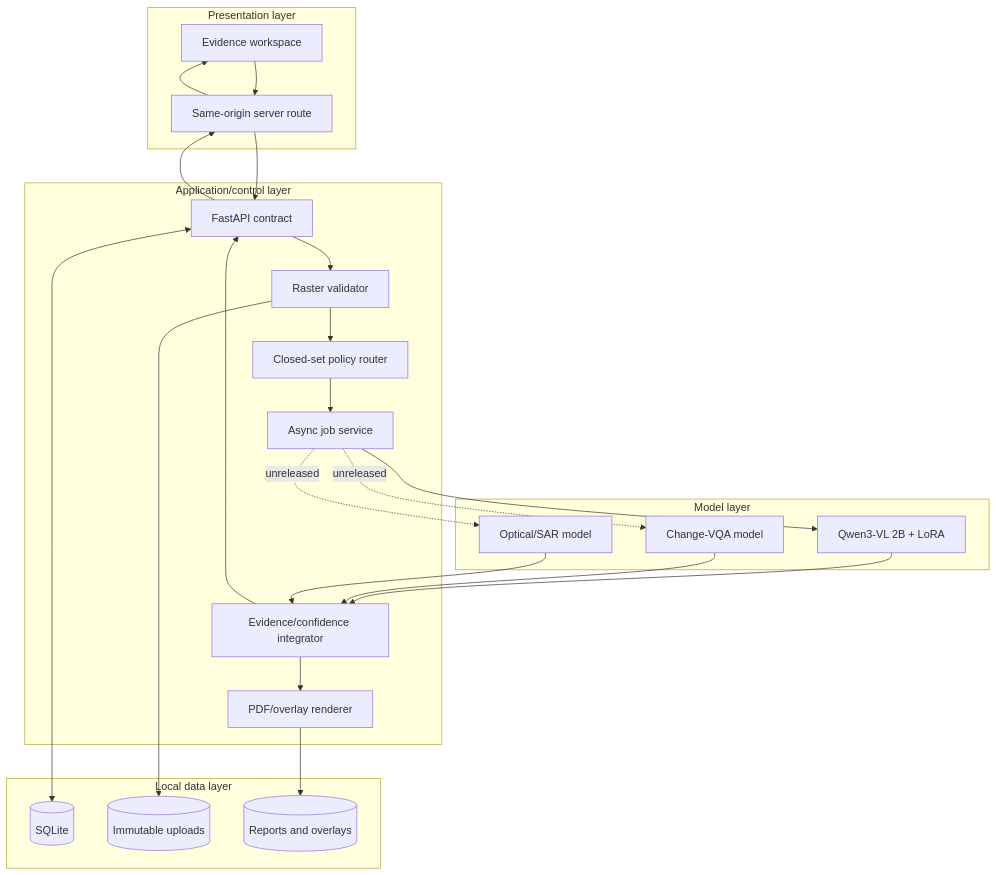
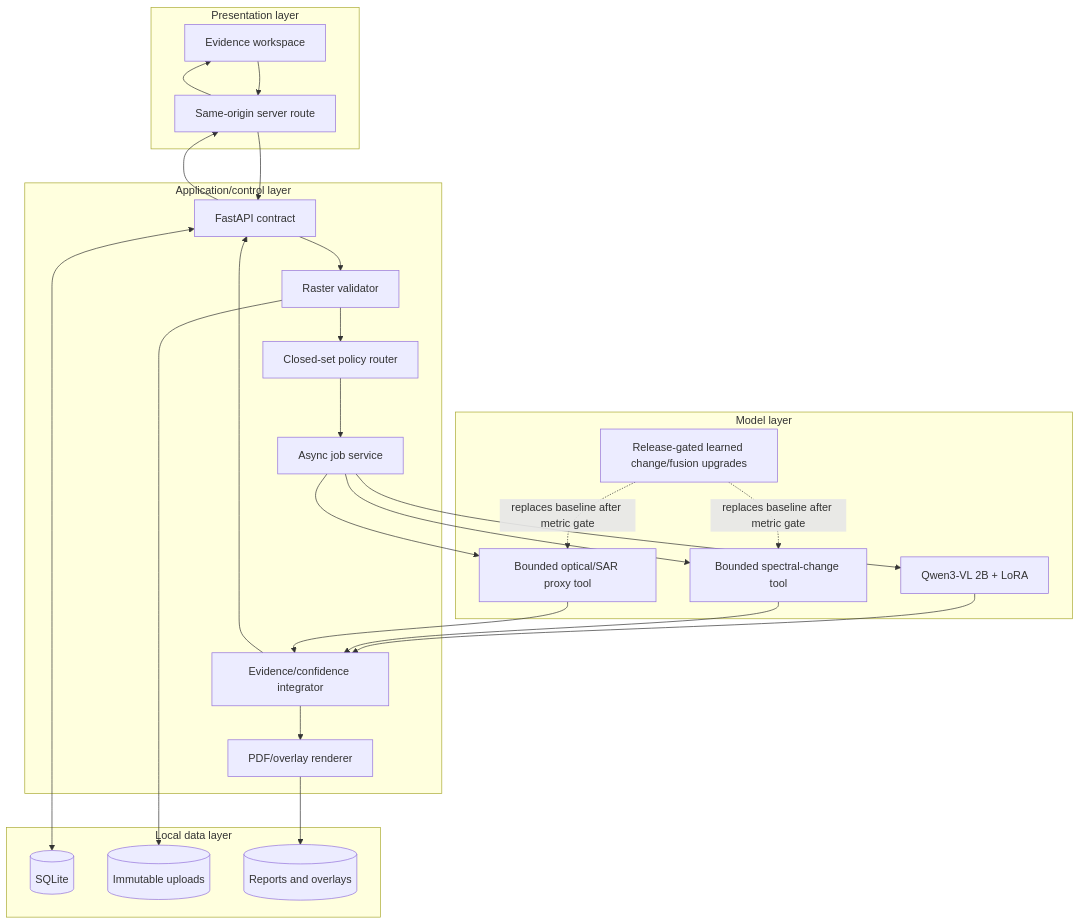
One commit to aanandmodi/StatqueryAI changed the first of 3 diagrams in docs/ARCHITECTURE.md. Above: the diagram before and after it, drawn with Mermaid. The commit also changed other lines of this file and 25 other files, not shown here.

````diff
--- a/docs/ARCHITECTURE.md
+++ b/docs/ARCHITECTURE.md
@@ -9,38 +9,41 @@
 ```mermaid
 flowchart TB
     subgraph Client[Presentation layer]
         UI[Evidence workspace]
         Proxy[Same-origin server route]
     end
     subgraph Control[Application/control layer]
         API[FastAPI contract]
         Validator[Raster validator]
         Planner[Closed-set policy router]
         Jobs[Async job service]
         Integrator[Evidence/confidence integrator]
         Reports[PDF/overlay renderer]
     end
     subgraph Data[Local data layer]
         SQLite[(SQLite)]
         Uploads[(Immutable uploads)]
         Artifacts[(Reports and overlays)]
     end
     subgraph Specialists[Model layer]
         Qwen[Qwen3-VL 2B + LoRA]
-        Change[Change-VQA model]
-        Fusion[Optical/SAR model]
+        Change[Bounded spectral-change tool]
+        Fusion[Bounded optical/SAR proxy tool]
+        Learned[Release-gated learned change/fusion upgrades]
     end
     UI --> Proxy --> API
     API --> Validator --> Planner --> Jobs
     Jobs --> Qwen
-    Jobs -. unreleased .-> Change
-    Jobs -. unreleased .-> Fusion
+    Jobs --> Change
+    Jobs --> Fusion
+    Learned -. replaces baseline after metric gate .-> Change
+    Learned -. replaces baseline after metric gate .-> Fusion
     Qwen --> Integrator
     Change --> Integrator
     Fusion --> Integrator
     Integrator --> Reports
     API <--> SQLite
     Validator --> Uploads
     Reports --> Artifacts
     Integrator --> API --> Proxy --> UI
 ```
````
